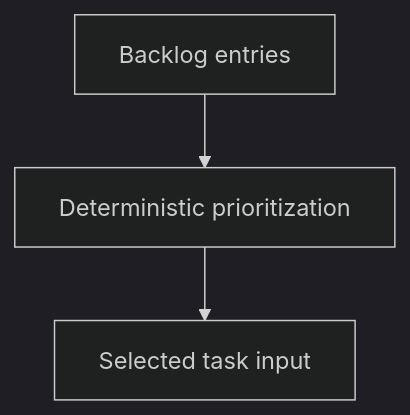
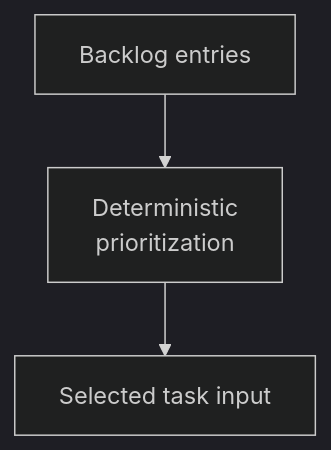
Before and after one commit to abstract-business-systems/as-is: the diagram in skills/managing-backlog/as-is.md, drawn with Mermaid (dark theme). The commit also changed 47 other files, not shown here.

Commit message:
docs(diagrams): improve Mermaid readability validation

````diff
--- a/skills/managing-backlog/as-is.md
+++ b/skills/managing-backlog/as-is.md
@@ -19,5 +19,5 @@
 ```mermaid
 flowchart TD
-    A["Backlog entries"] --> B["Deterministic prioritization"]
+    A["Backlog entries"] --> B["Deterministic<br/>prioritization"]
     B --> C["Selected task input"]
 ```
````
